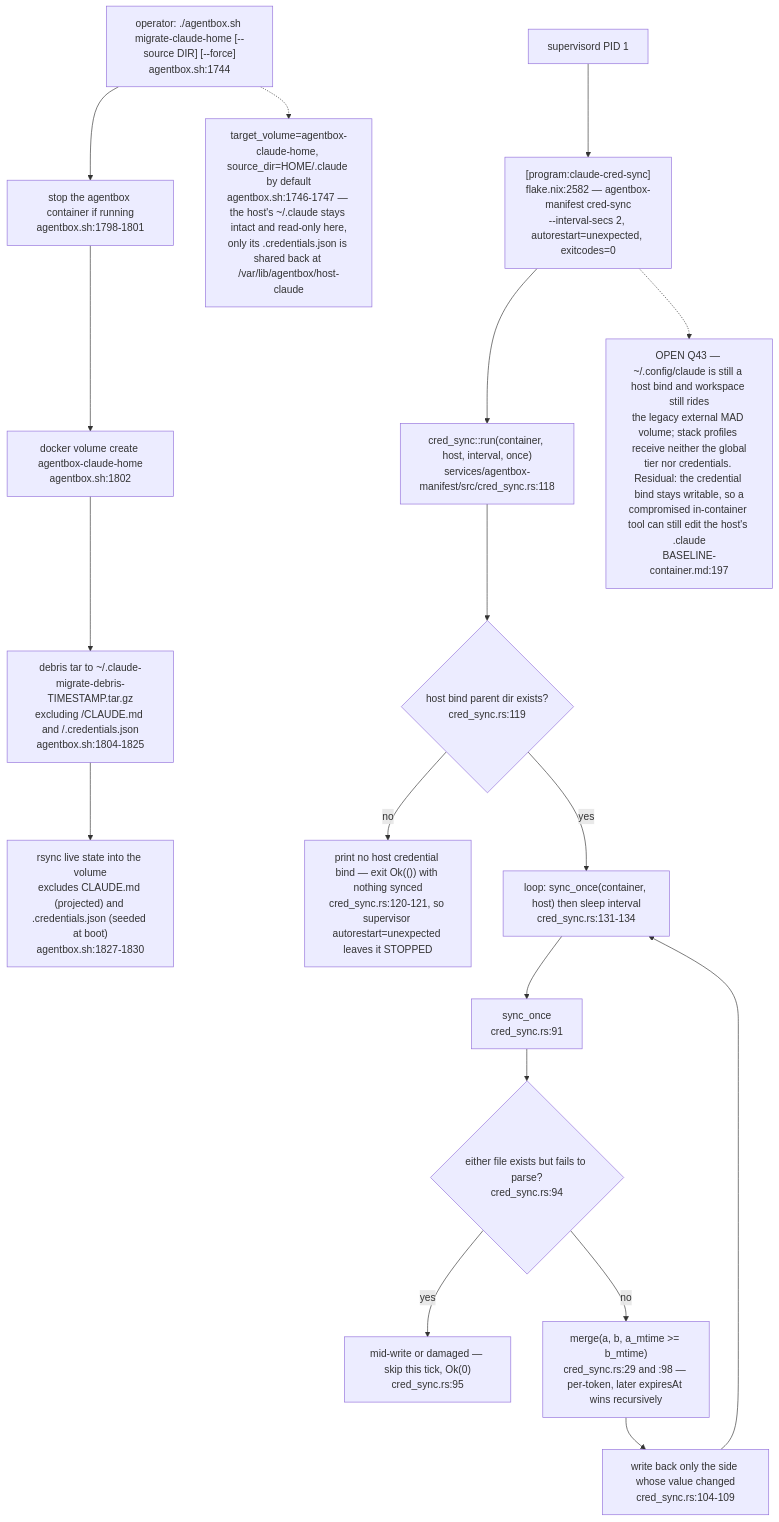
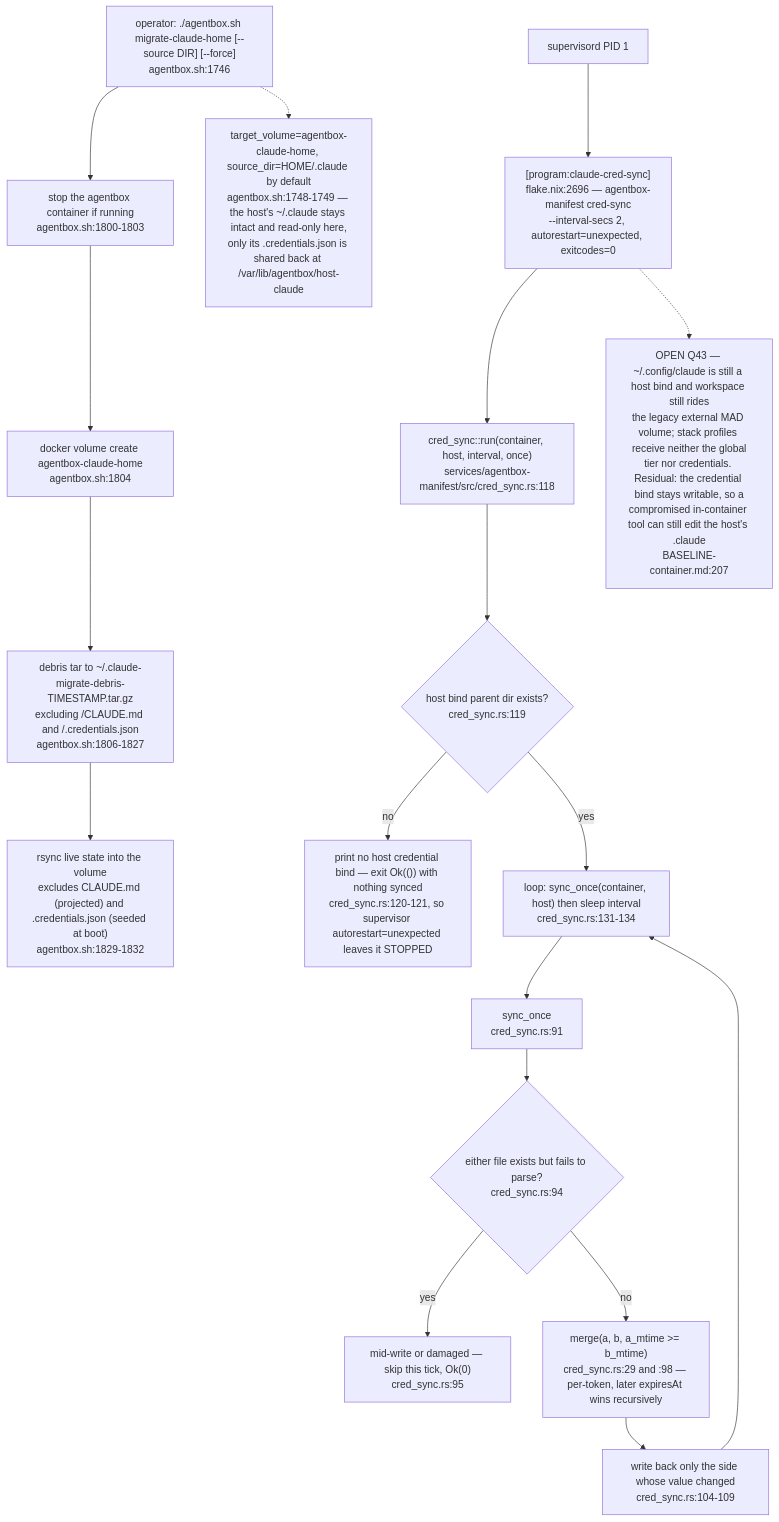
One commit to DreamLab-AI/VisionFlow changed diagram 11 of 11 in docs/diagrams/agentbox/07-daemons-reapers-cron-backups.md. Above: the diagram before and after it, drawn with Mermaid. The commit also changed other lines of this file and 94 other files, not shown here.

First line of the commit message:
docs(diagrams): re-verify 130 topics against 2 October HEADs

````diff
--- a/docs/diagrams/agentbox/07-daemons-reapers-cron-backups.md
+++ b/docs/diagrams/agentbox/07-daemons-reapers-cron-backups.md
@@ -395,22 +395,22 @@
 ```mermaid
 flowchart TD
-    MIG["operator: ./agentbox.sh migrate-claude-home [--source DIR] [--force]<br/>agentbox.sh:1744"] --> STOP["stop the agentbox container if running<br/>agentbox.sh:1798-1801"]
-    STOP --> VOL["docker volume create agentbox-claude-home<br/>agentbox.sh:1802"]
-    VOL --> DEB["debris tar to ~/.claude-migrate-debris-TIMESTAMP.tar.gz<br/>excluding /CLAUDE.md and /.credentials.json<br/>agentbox.sh:1804-1825"]
-    DEB --> RSYNC["rsync live state into the volume<br/>excludes CLAUDE.md (projected) and .credentials.json (seeded at boot)<br/>agentbox.sh:1827-1830"]
+    MIG["operator: ./agentbox.sh migrate-claude-home [--source DIR] [--force]<br/>agentbox.sh:1746"] --> STOP["stop the agentbox container if running<br/>agentbox.sh:1800-1803"]
+    STOP --> VOL["docker volume create agentbox-claude-home<br/>agentbox.sh:1804"]
+    VOL --> DEB["debris tar to ~/.claude-migrate-debris-TIMESTAMP.tar.gz<br/>excluding /CLAUDE.md and /.credentials.json<br/>agentbox.sh:1806-1827"]
+    DEB --> RSYNC["rsync live state into the volume<br/>excludes CLAUDE.md (projected) and .credentials.json (seeded at boot)<br/>agentbox.sh:1829-1832"]
 
-    SUP["supervisord PID 1"] --> CS["[program:claude-cred-sync]<br/>flake.nix:2582 — agentbox-manifest cred-sync<br/>--interval-secs 2, autorestart=unexpected, exitcodes=0"]
+    SUP["supervisord PID 1"] --> CS["[program:claude-cred-sync]<br/>flake.nix:2696 — agentbox-manifest cred-sync<br/>--interval-secs 2, autorestart=unexpected, exitcodes=0"]
     CS --> RUN["cred_sync::run(container, host, interval, once)<br/>services/agentbox-manifest/src/cred_sync.rs:118"]
     RUN --> GATE{"host bind parent dir exists?<br/>cred_sync.rs:119"}
     GATE -->|no| EXIT0["print no host credential bind — exit Ok(()) with nothing synced<br/>cred_sync.rs:120-121, so supervisor autorestart=unexpected leaves it STOPPED"]
     GATE -->|yes| LOOP["loop: sync_once(container, host) then sleep interval<br/>cred_sync.rs:131-134"]
     LOOP --> SO["sync_once<br/>cred_sync.rs:91"]
     SO --> TORN{"either file exists but fails to parse?<br/>cred_sync.rs:94"}
     TORN -->|yes| WAIT["mid-write or damaged — skip this tick, Ok(0)<br/>cred_sync.rs:95"]
     TORN -->|no| MERGE["merge(a, b, a_mtime >= b_mtime)<br/>cred_sync.rs:29 and :98 — per-token, later expiresAt wins recursively"]
     MERGE --> WRITE["write back only the side whose value changed<br/>cred_sync.rs:104-109"]
     WRITE --> LOOP
 
-    MIG -.-> NOTE1["target_volume=agentbox-claude-home, source_dir=HOME/.claude by default<br/>agentbox.sh:1746-1747 — the host's ~/.claude stays intact and read-only here,<br/>only its .credentials.json is shared back at /var/lib/agentbox/host-claude"]
-    CS -.-> Q43["OPEN Q43 — ~/.config/claude is still a host bind and workspace still rides<br/>the legacy external MAD volume; stack profiles receive neither the global<br/>tier nor credentials. Residual: the credential bind stays writable, so a<br/>compromised in-container tool can still edit the host's .claude<br/>BASELINE-container.md:197"]
+    MIG -.-> NOTE1["target_volume=agentbox-claude-home, source_dir=HOME/.claude by default<br/>agentbox.sh:1748-1749 — the host's ~/.claude stays intact and read-only here,<br/>only its .credentials.json is shared back at /var/lib/agentbox/host-claude"]
+    CS -.-> Q43["OPEN Q43 — ~/.config/claude is still a host bind and workspace still rides<br/>the legacy external MAD volume; stack profiles receive neither the global<br/>tier nor credentials. Residual: the credential bind stays writable, so a<br/>compromised in-container tool can still edit the host's .claude<br/>BASELINE-container.md:207"]
 ```
````
